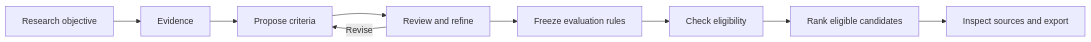
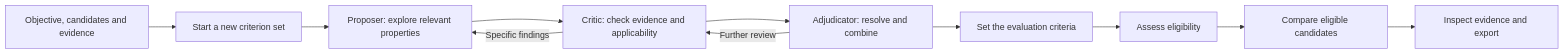
One commit to YWDDLiang03/mas changed the diagram in README.md. Above: the diagram before and after it, drawn with Mermaid. The commit also changed other lines of this file and 71 other files, not shown here.

````diff
--- a/README.md
+++ b/README.md
@@ -16,11 +11,13 @@
 ```mermaid
 flowchart LR
-    A[Research objective] --> B[Evidence]
-    B --> C[Propose criteria]
-    C --> D[Review and refine]
-    D -->|Revise| C
-    D --> E[Freeze evaluation rules]
-    E --> F[Check eligibility]
-    F --> G[Rank eligible candidates]
-    G --> H[Inspect sources and export]
+    A[Objective, candidates and evidence] --> B[Start a new criterion set]
+    B --> P[Proposer: explore relevant properties]
+    P --> C[Critic: check evidence and applicability]
+    C -->|Specific findings| P
+    C --> D[Adjudicator: resolve and combine]
+    D -->|Further review| C
+    D --> E[Set the evaluation criteria]
+    E --> F[Assess eligibility]
+    F --> G[Compare eligible candidates]
+    G --> H[Inspect evidence and export]
 ```
````
